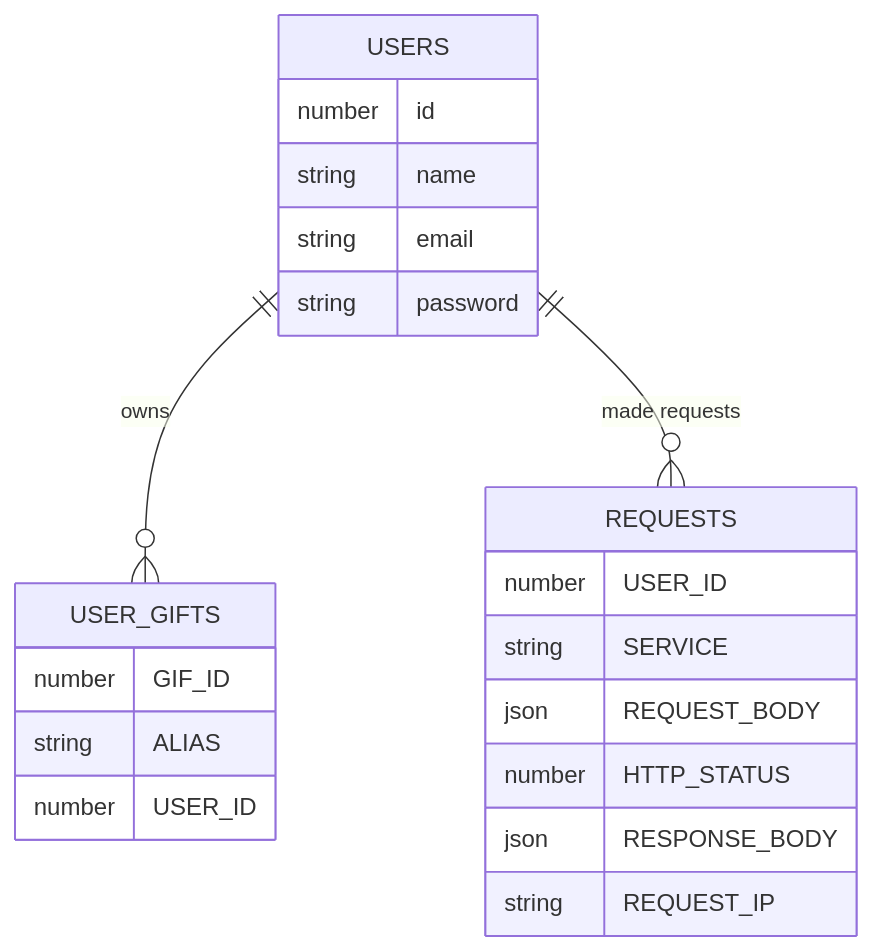
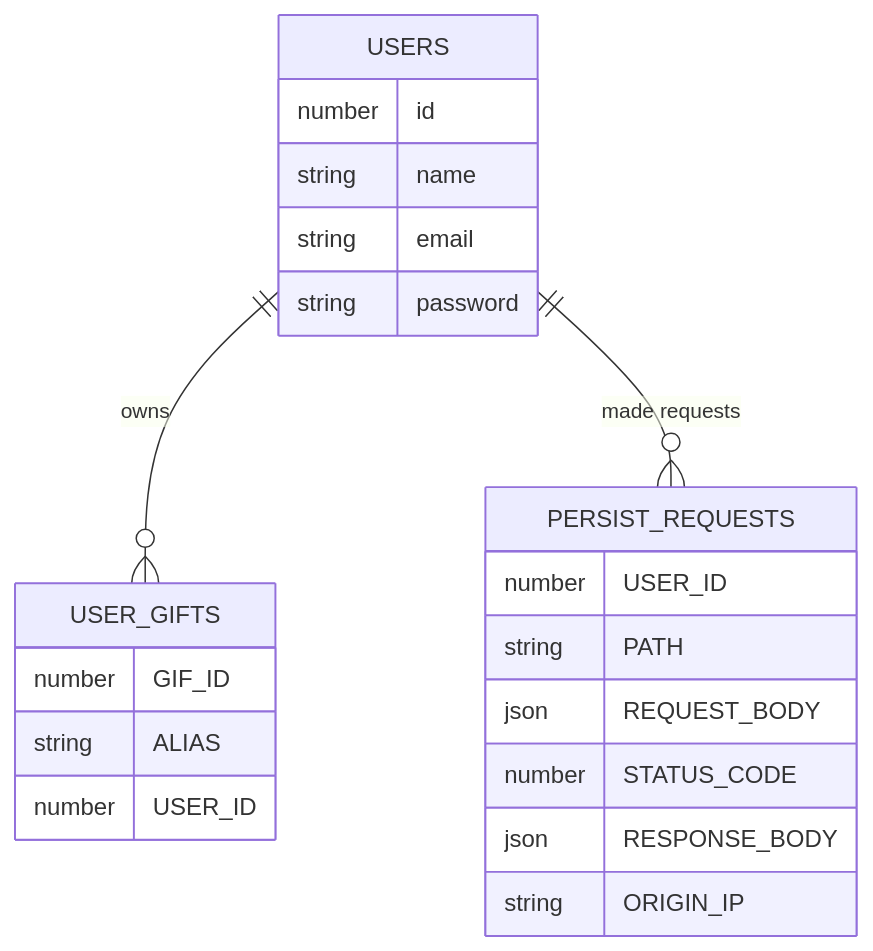
The diagram in MER.mmd (Yegaston/prex-challange), drawn with Mermaid before and after one commit. The commit also changed 7 other files, not shown here.

```diff
--- a/MER.mmd
+++ b/MER.mmd
@@ -1,28 +1,28 @@
 erDiagram
 
     USERS {
         number id
         string name
         string email
         string password
     }
 
     USER_GIFTS {
         number GIF_ID
         string ALIAS
         number USER_ID
     }
 
-    REQUESTS {
+    PERSIST_REQUESTS {
         number USER_ID
-        string SERVICE
+        string PATH
         json REQUEST_BODY
-        number HTTP_STATUS
+        number STATUS_CODE
         json RESPONSE_BODY
-        string REQUEST_IP
+        string ORIGIN_IP
     }
 
 
     USERS ||--o{ USER_GIFTS : owns
 
-    USERS ||--o{ REQUESTS : "made requests"
+    USERS ||--o{ PERSIST_REQUESTS : "made requests"
```
